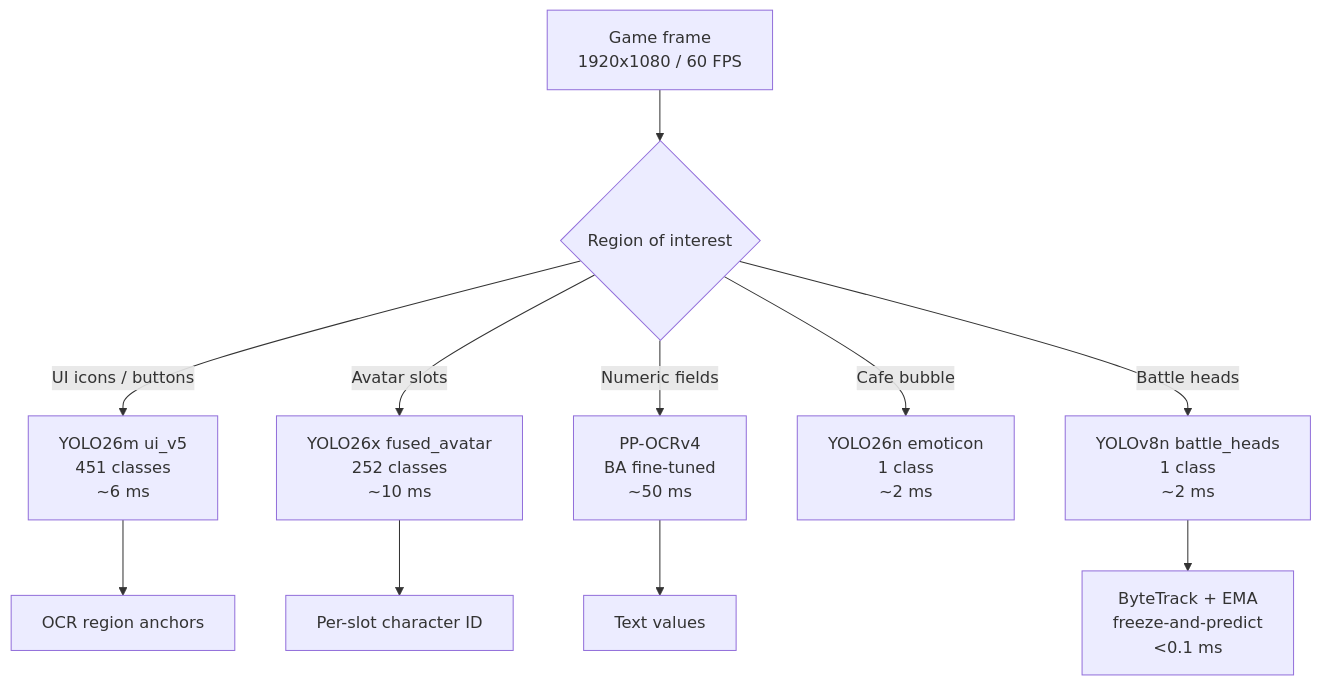
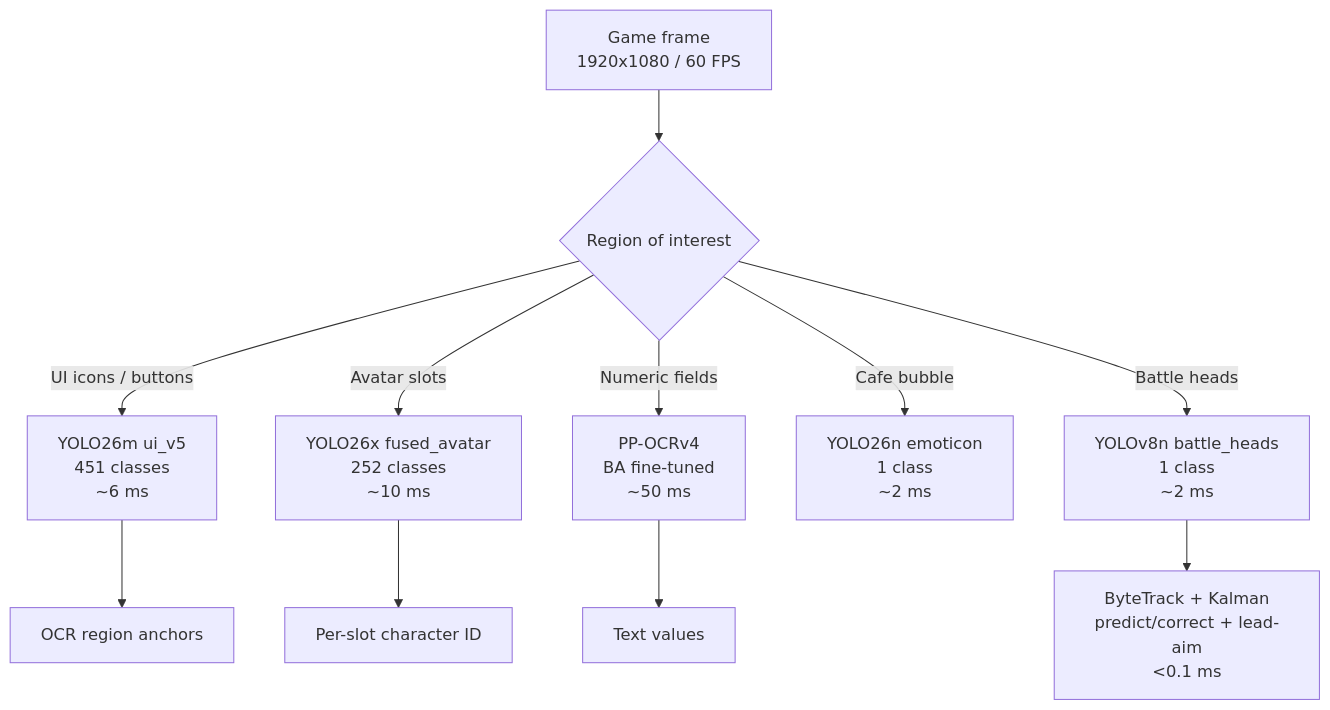
Before and after one commit to C0k11/blue-archive-assistant: the second of 5 diagrams in README.md, drawn with Mermaid. The commit also changed other lines of this file and 3 other files, not shown here.

First line of the commit message:
feat(battle): Kalman predict-correct lock tracker (lead-aim + One-Euro)

````diff
--- a/README.md
+++ b/README.md
@@ -67,13 +67,13 @@
 ```mermaid
 flowchart TD
     F[Game frame<br/>1920x1080 / 60 FPS] --> R{Region of interest}
     R -->|"UI icons / buttons"| SU[YOLO26m ui_v5<br/>451 classes<br/>~6 ms]
     R -->|"Avatar slots"| FA[YOLO26x fused_avatar<br/>252 classes<br/>~10 ms]
     R -->|"Numeric fields"| O[PP-OCRv4<br/>BA fine-tuned<br/>~50 ms]
     R -->|"Cafe bubble"| EM[YOLO26n emoticon<br/>1 class<br/>~2 ms]
     R -->|"Battle heads"| BH[YOLOv8n battle_heads<br/>1 class<br/>~2 ms]
-    BH --> BT[ByteTrack + EMA<br/>freeze-and-predict<br/>&lt;0.1 ms]
+    BH --> BT[ByteTrack + Kalman<br/>predict/correct + lead-aim<br/>&lt;0.1 ms]
     FA --> ID[Per-slot character ID]
     SU --> AN[OCR region anchors]
     O --> TX[Text values]
 ```
````
